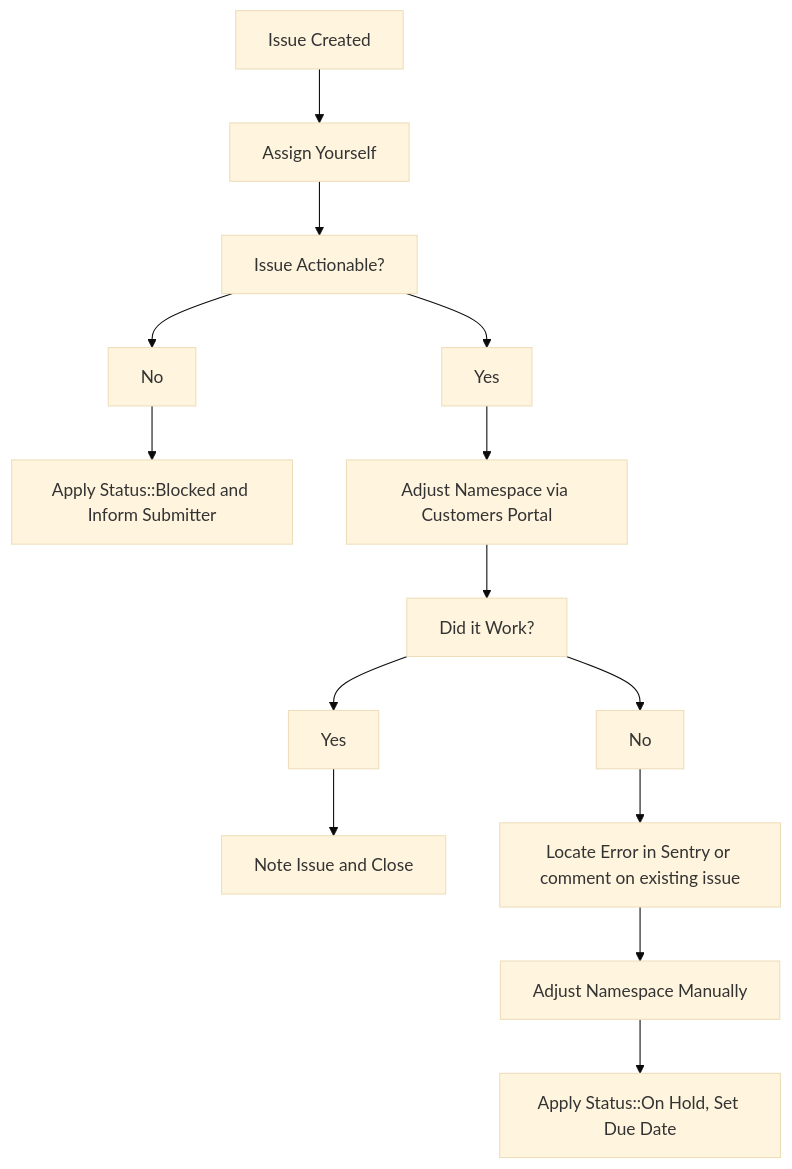
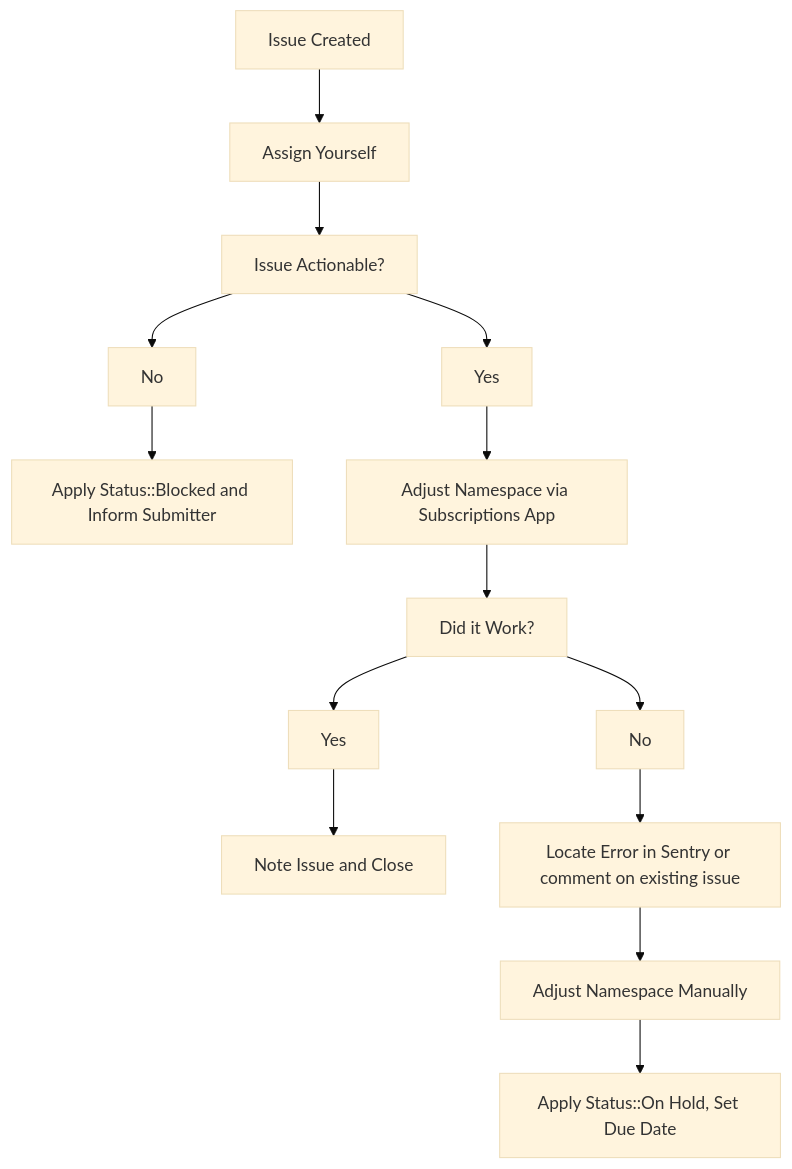
One commit to secretstartups/handbook changed the diagram in support/workflows/trial_extensions.html.md. Above: the diagram before and after it, drawn with Mermaid (base theme). The commit also changed other lines of this file and 12 other files, not shown here.

Commit message:
Replace customers portal with Subscriptions App

````diff
--- a/support/workflows/trial_extensions.html.md
+++ b/support/workflows/trial_extensions.html.md
@@ -37,17 +37,17 @@
 ```mermaid
 graph TD;
   A[Issue Created]-->B[Assign Yourself];
   B-->C[Issue Actionable?];
   C-->J[No];
   J-->K[Apply Status::Blocked and Inform Submitter];
   C-->D[Yes];
-  D-->E[Adjust Namespace via Customers Portal];
+  D-->E[Adjust Namespace via Subscriptions App];
   E-->F[Did it Work?];
   F-->G[Yes];
   G-->H[Note Issue and Close];
   F-->I[No];
   I-->L[Locate Error in Sentry or comment on existing issue];
   click L "/handbook/support/workflows/500_errors.html#searching-sentry" "Diagnose Errors on GitLab.com"
   L-->M[Adjust Namespace Manually];
   M-->N[Apply Status::On Hold, Set Due Date];
 ```
````
